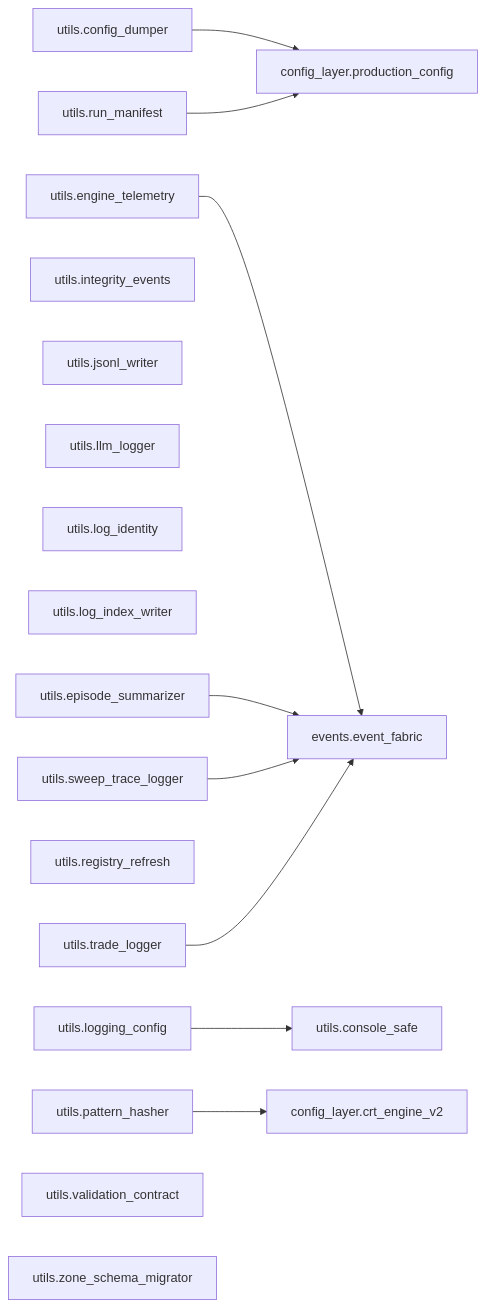
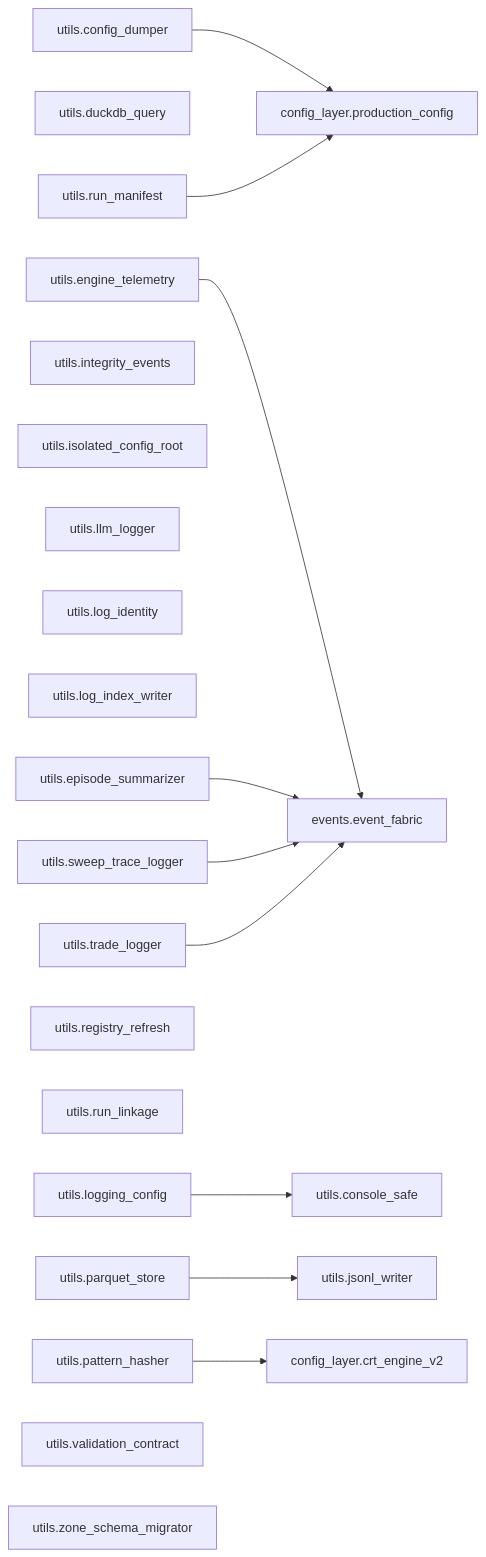
Diagram 40 of 41 in docs/architecture/code-map.generated.md (Chaithu1995-0312/TradeHlt), drawn with Mermaid before and after one commit. The commit also changed other lines of this file and 39 other files, not shown here.

First line of the commit message:
docs: F-064 full-corpus re-measurement, feature-schema walk, architecture map sync

````diff
--- a/docs/architecture/code-map.generated.md
+++ b/docs/architecture/code-map.generated.md
@@ -2264,31 +2823,36 @@
 ```mermaid
 flowchart LR
     utils_config_dumper["utils.config_dumper"]
     utils_console_safe["utils.console_safe"]
+    utils_duckdb_query["utils.duckdb_query"]
     utils_engine_telemetry["utils.engine_telemetry"]
     utils_episode_summarizer["utils.episode_summarizer"]
     utils_integrity_events["utils.integrity_events"]
+    utils_isolated_config_root["utils.isolated_config_root"]
     utils_jsonl_writer["utils.jsonl_writer"]
     utils_llm_logger["utils.llm_logger"]
     utils_log_identity["utils.log_identity"]
     utils_log_index_writer["utils.log_index_writer"]
     utils_logging_config["utils.logging_config"]
+    utils_parquet_store["utils.parquet_store"]
     utils_pattern_hasher["utils.pattern_hasher"]
     utils_registry_refresh["utils.registry_refresh"]
+    utils_run_linkage["utils.run_linkage"]
     utils_run_manifest["utils.run_manifest"]
     utils_sweep_trace_logger["utils.sweep_trace_logger"]
     utils_trade_logger["utils.trade_logger"]
     utils_validation_contract["utils.validation_contract"]
     utils_zone_schema_migrator["utils.zone_schema_migrator"]
     config_layer_crt_engine_v2["config_layer.crt_engine_v2"]
     config_layer_production_config["config_layer.production_config"]
     events_event_fabric["events.event_fabric"]
     utils_config_dumper --> config_layer_production_config
     utils_engine_telemetry --> events_event_fabric
     utils_episode_summarizer --> events_event_fabric
     utils_logging_config --> utils_console_safe
+    utils_parquet_store --> utils_jsonl_writer
     utils_pattern_hasher --> config_layer_crt_engine_v2
     utils_run_manifest --> config_layer_production_config
     utils_sweep_trace_logger --> events_event_fabric
     utils_trade_logger --> events_event_fabric
 ```
````
